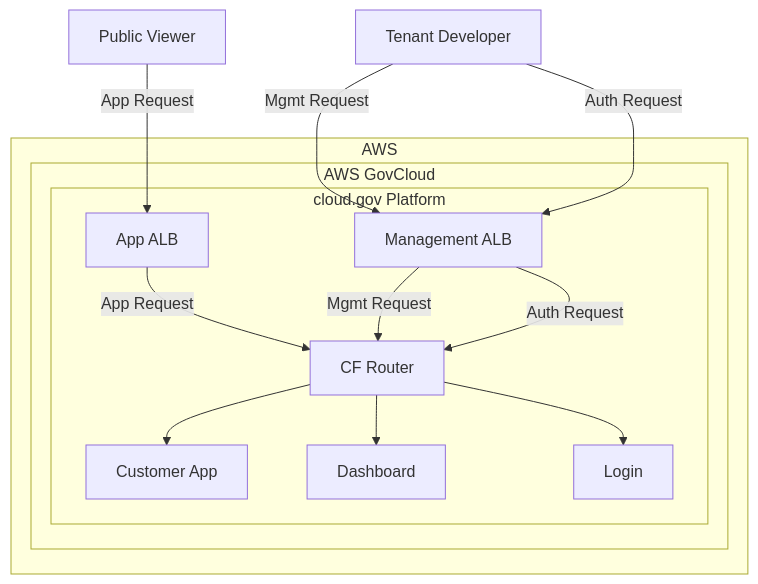
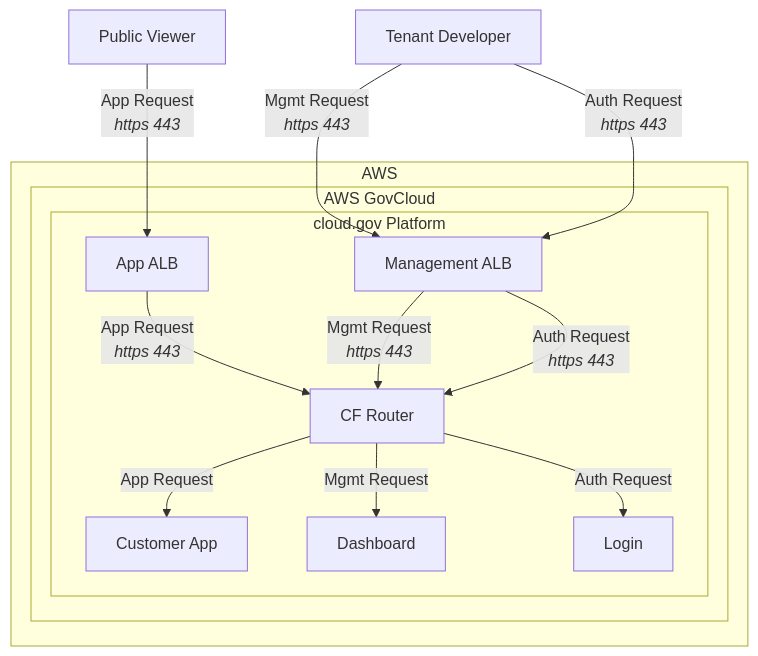
Before and after one commit to cloud-gov/product: the first of 3 diagrams in adr/ADR-0009-shield-advanced.md, drawn with Mermaid. The commit also changed other lines of this file, not shown here.

Commit message:
Iterating on system diagram

````diff
--- a/adr/ADR-0009-shield-advanced.md
+++ b/adr/ADR-0009-shield-advanced.md
@@ -37,18 +37,18 @@
 ```mermaid
 graph TD
-    public[Public Viewer] -->|App Request| appALB
-    tenant[Tenant Developer] -->|Mgmt Request| mgmtALB
-    tenant[Tenant Developer] -->|Auth Request| mgmtALB
+    public[Public Viewer] -->|App Request\n<em>https 443</em>| appALB
+    tenant[Tenant Developer] -->|Mgmt Request\n<em>https 443</em>| mgmtALB
+    tenant[Tenant Developer] -->|Auth Request\n<em>https 443</em>| mgmtALB
     subgraph aws["AWS"]
         subgraph govcloud["AWS GovCloud"]
             subgraph platform["cloud.gov Platform"]
-                appALB[App ALB] -->|App Request| router[CF Router]
-                mgmtALB[Management ALB] -->|Mgmt Request| router
-                mgmtALB[Management ALB] -->|Auth Request| router
-                router --> app[Customer App]
-                router --> dashboard[Dashboard]
-                router --> login[Login]
+                appALB[App ALB] -->|App Request\n<em>https 443</em>| router[CF Router]
+                mgmtALB[Management ALB] -->|Mgmt Request\n<em>https 443</em>| router
+                mgmtALB[Management ALB] -->|Auth Request\n<em>https 443</em>| router
+                router -->|App Request| app[Customer App]
+                router -->|Mgmt Request| dashboard[Dashboard]
+                router -->|Auth Request| login[Login]
             end
         end
     end
 ```
````
